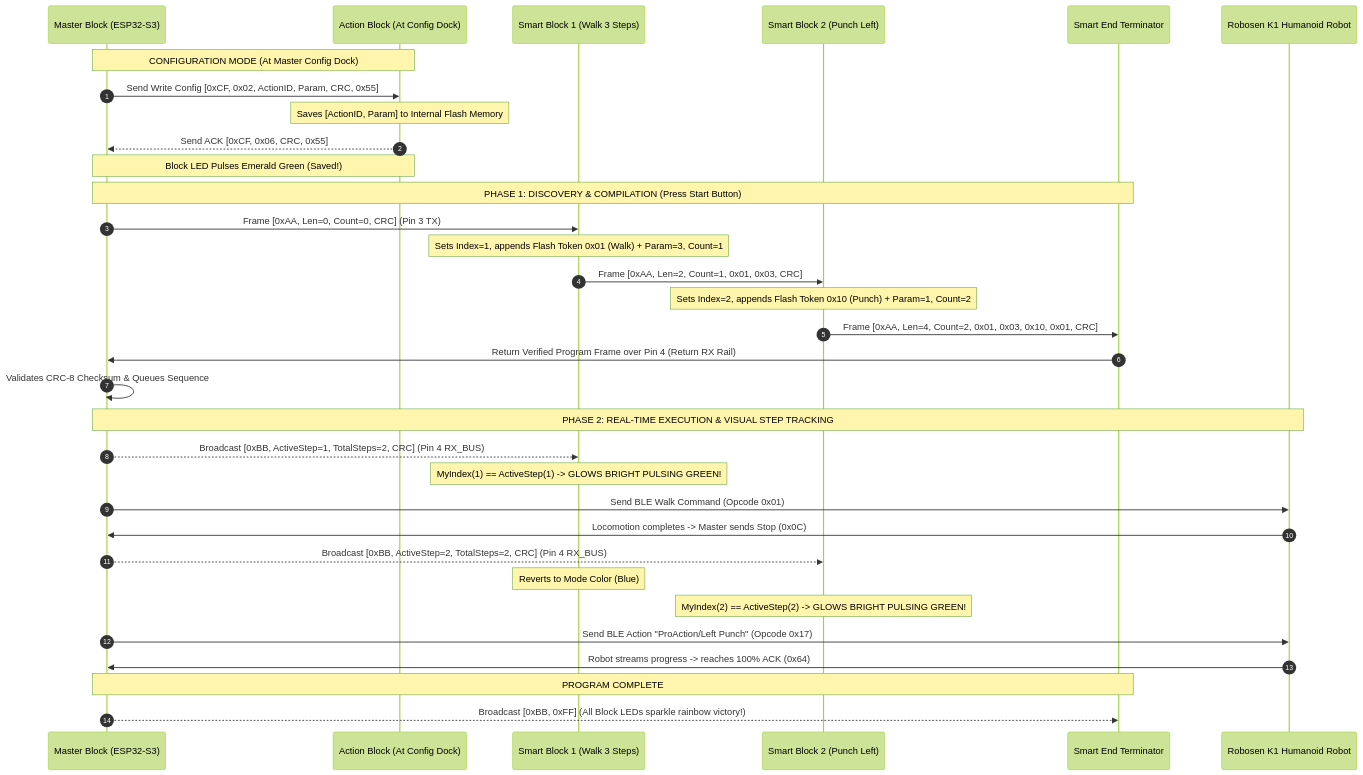
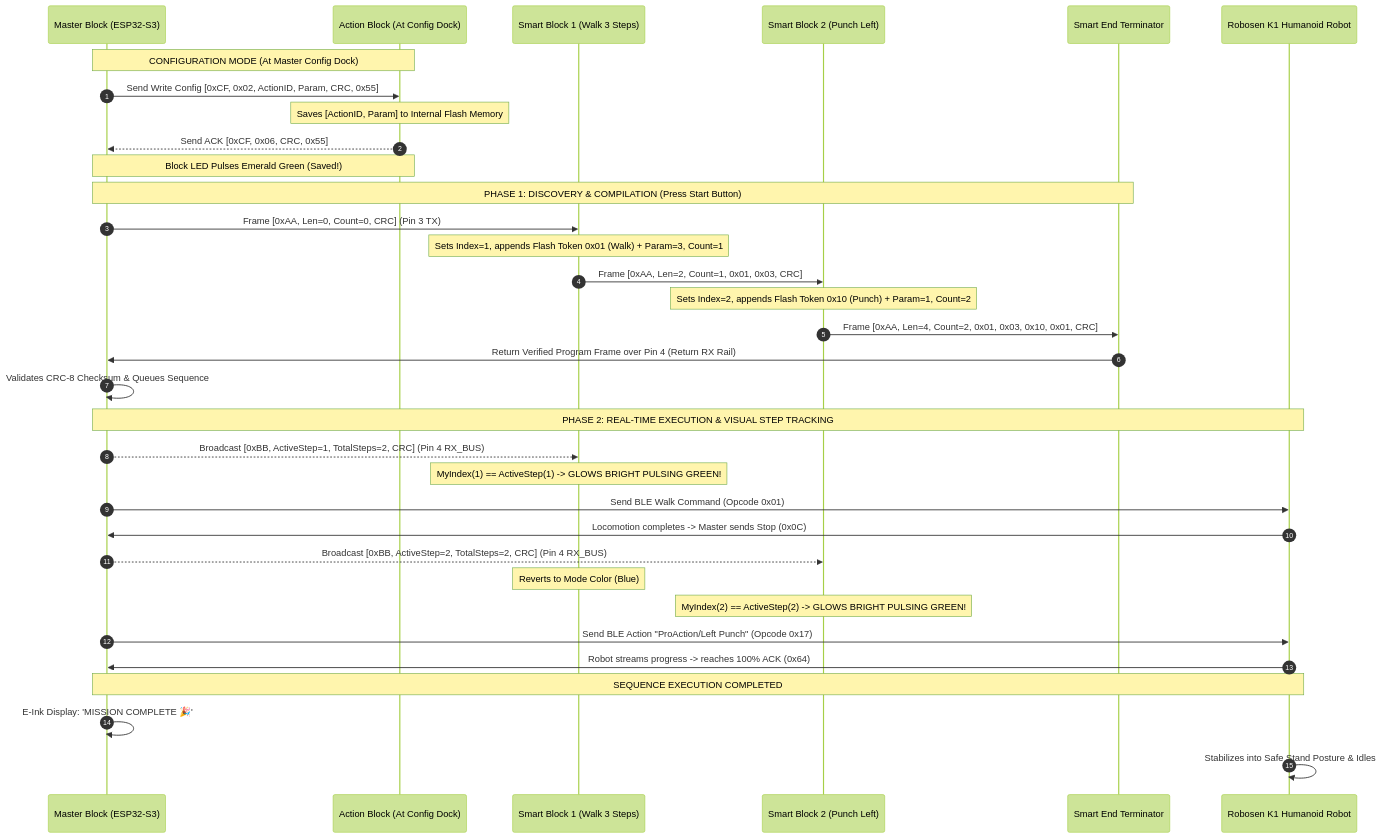
The diagram in README.md (Nantaphat-Yoktaworn/robosen_block), drawn with Mermaid (forest theme) before and after one commit. The commit also changed other lines of this file, not shown here.

Commit message:
docs: embed robosen_coding_data_flow.svg diagram in README.md

````diff
--- a/README.md
+++ b/README.md
@@ -58,40 +62,41 @@
 ```mermaid
 sequenceDiagram
     autonumber
     participant Master as Master Block (ESP32-S3)
     participant Docked as Action Block (At Config Dock)
     participant B1 as Smart Block 1 (Walk 3 Steps)
     participant B2 as Smart Block 2 (Punch Left)
     participant EndBlock as Smart End Terminator
     participant Robot as Robosen K1 Humanoid Robot
 
     Note over Master,Docked: CONFIGURATION MODE (At Master Config Dock)
     Master->>Docked: Send Write Config [0xCF, 0x02, ActionID, Param, CRC, 0x55]
     Note over Docked: Saves [ActionID, Param] to Internal Flash Memory
     Docked-->>Master: Send ACK [0xCF, 0x06, CRC, 0x55]
     Note over Master,Docked: Block LED Pulses Emerald Green (Saved!)
 
     Note over Master,EndBlock: PHASE 1: DISCOVERY & COMPILATION (Press Start Button)
     Master->>B1: Frame [0xAA, Len=0, Count=0, CRC] (Pin 3 TX)
     Note over B1: Sets Index=1, appends Flash Token 0x01 (Walk) + Param=3, Count=1
     B1->>B2: Frame [0xAA, Len=2, Count=1, 0x01, 0x03, CRC]
     Note over B2: Sets Index=2, appends Flash Token 0x10 (Punch) + Param=1, Count=2
     B2->>EndBlock: Frame [0xAA, Len=4, Count=2, 0x01, 0x03, 0x10, 0x01, CRC]
     EndBlock->>Master: Return Verified Program Frame over Pin 4 (Return RX Rail)
     Master->>Master: Validates CRC-8 Checksum & Queues Sequence
 
     Note over Master,Robot: PHASE 2: REAL-TIME EXECUTION & VISUAL STEP TRACKING
     Master-->>B1: Broadcast [0xBB, ActiveStep=1, TotalSteps=2, CRC] (Pin 4 RX_BUS)
     Note over B1: MyIndex(1) == ActiveStep(1) -> GLOWS BRIGHT PULSING GREEN!
     Master->>Robot: Send BLE Walk Command (Opcode 0x01)
     Robot->>Master: Locomotion completes -> Master sends Stop (0x0C)
     
     Master-->>B2: Broadcast [0xBB, ActiveStep=2, TotalSteps=2, CRC] (Pin 4 RX_BUS)
     Note over B1: Reverts to Mode Color (Blue)
     Note over B2: MyIndex(2) == ActiveStep(2) -> GLOWS BRIGHT PULSING GREEN!
     Master->>Robot: Send BLE Action "ProAction/Left Punch" (Opcode 0x17)
     Robot->>Master: Robot streams progress -> reaches 100% ACK (0x64)
 
-    Note over Master,EndBlock: PROGRAM COMPLETE
-    Master-->>EndBlock: Broadcast [0xBB, 0xFF] (All Block LEDs sparkle rainbow victory!)
+    Note over Master,Robot: SEQUENCE EXECUTION COMPLETED
+    Master->>Master: E-Ink Display: 'MISSION COMPLETE 🎉'
+    Robot->>Robot: Stabilizes into Safe Stand Posture & Idles
 ```
````
